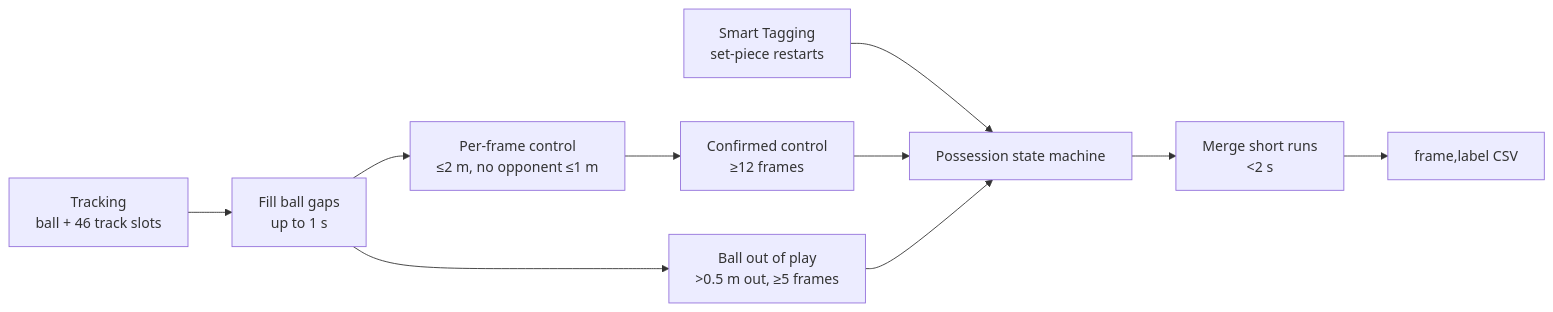
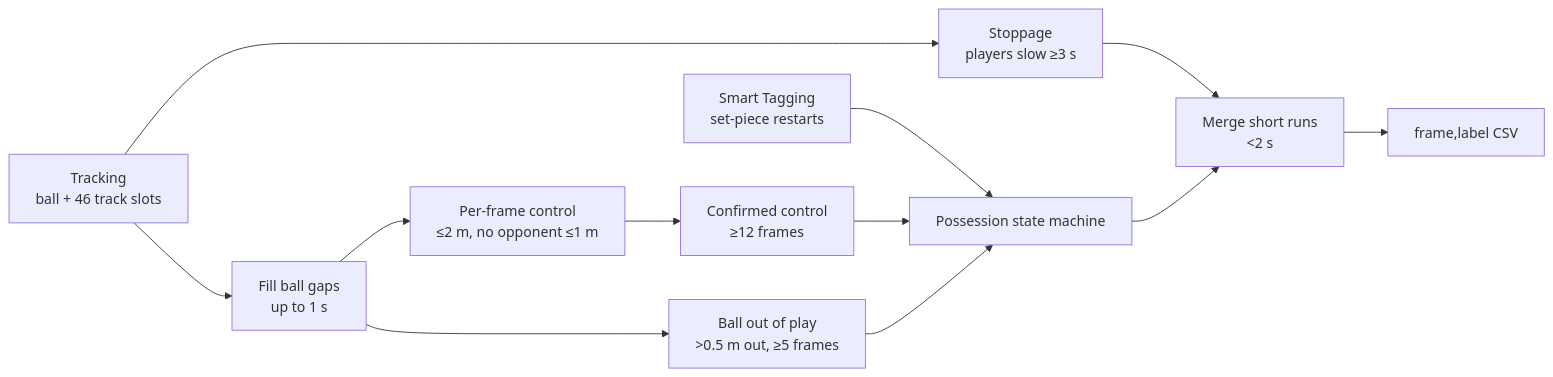
The diagram in README.md (shanhtetsan/more-than-a-hack-2027), drawn with Mermaid before and after one commit. The commit also changed other lines of this file and 11 other files, not shown here.

````diff
--- a/README.md
+++ b/README.md
@@ -30,12 +34,14 @@
 ```mermaid
 flowchart LR
     A[Tracking<br/>ball + 46 track slots] --> B[Fill ball gaps<br/>up to 1 s]
     B --> C[Per-frame control<br/>≤2 m, no opponent ≤1 m]
     C --> D[Confirmed control<br/>≥12 frames]
     E[Smart Tagging<br/>set-piece restarts] --> F
     B --> G[Ball out of play<br/>&gt;0.5 m out, ≥5 frames]
     D --> F[Possession state machine]
     G --> F
+    A --> S[Stoppage<br/>players slow ≥3 s]
+    S --> H
     F --> H[Merge short runs<br/>&lt;2 s]
     H --> I[frame,label CSV]
 ```
````
